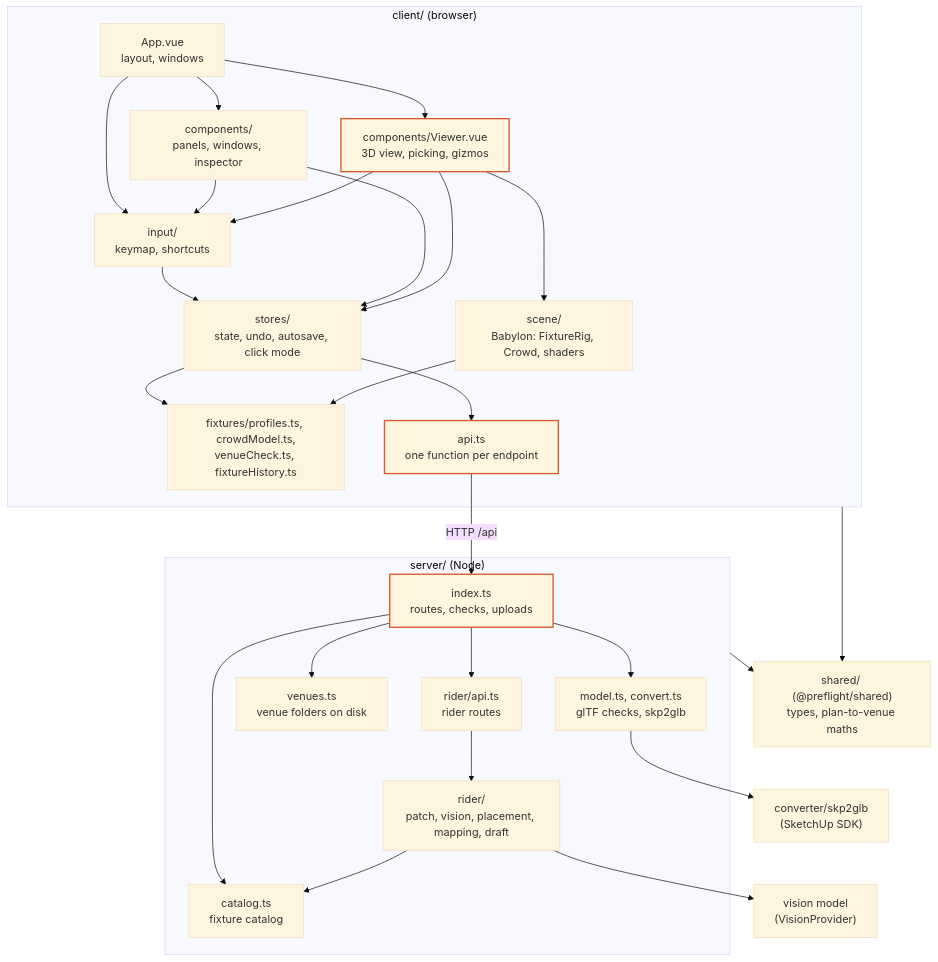
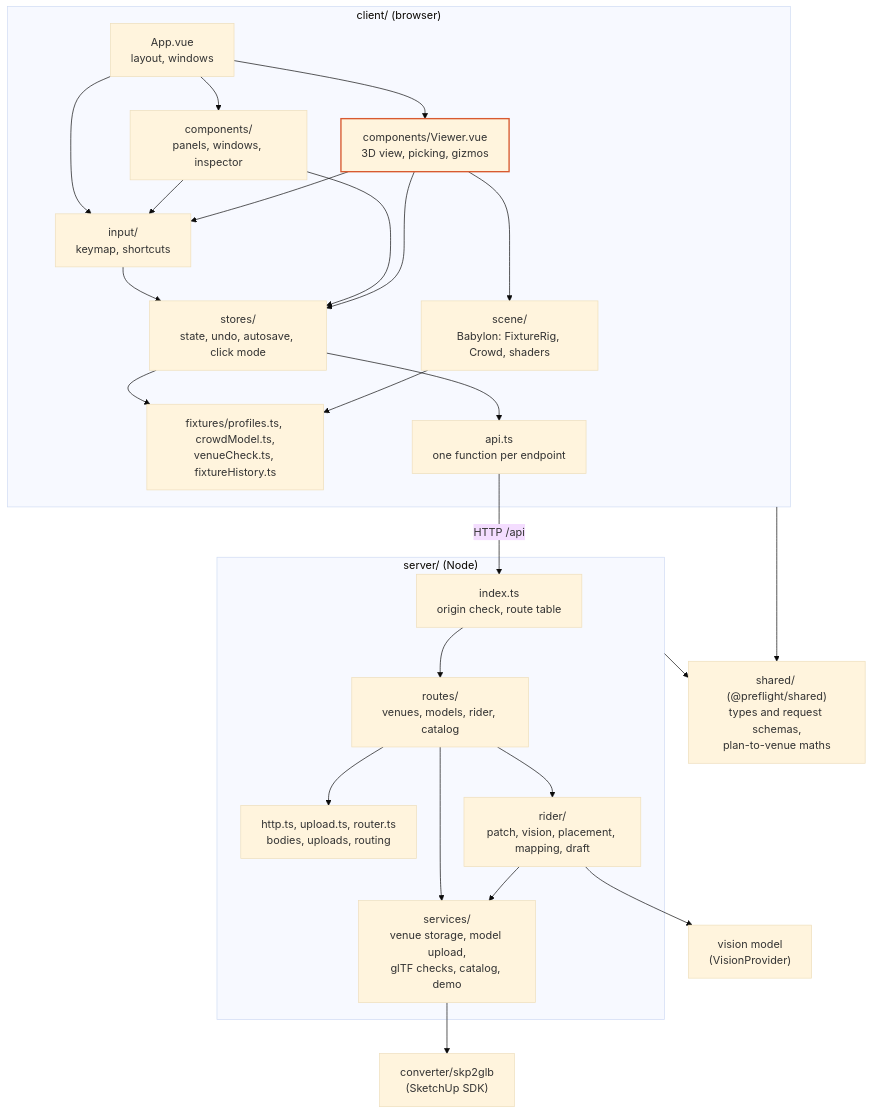
Before and after one commit to Keyes/preflight: the diagram in docs/architecture.md, drawn with Mermaid (base theme). The commit also changed other lines of this file and 2 other files, not shown here.

Commit message:
Describe the server's routes, services and request schemas in the architecture, engineering and hosted-version docs

````diff
--- a/docs/architecture.md
+++ b/docs/architecture.md
@@ -7,39 +7,38 @@
 ```mermaid
 flowchart TB
   subgraph client["client/ (browser)"]
     App["App.vue<br/>layout, windows"]
     UI["components/<br/>panels, windows, inspector"]
     Viewer["components/Viewer.vue<br/>3D view, picking, gizmos"]
     Stores["stores/<br/>state, undo, autosave, click mode"]
     Input["input/<br/>keymap, shortcuts"]
     Scene["scene/<br/>Babylon: FixtureRig, Crowd, shaders"]
     Domain["fixtures/profiles.ts, crowdModel.ts,<br/>venueCheck.ts, fixtureHistory.ts"]
     Api["api.ts<br/>one function per endpoint"]
   end
   subgraph server["server/ (Node)"]
-    Index["index.ts<br/>routes, checks, uploads"]
-    RiderApi["rider/api.ts<br/>rider routes"]
+    Index["index.ts<br/>origin check, route table"]
+    Routes["routes/<br/>venues, models, rider, catalog"]
+    Http["http.ts, upload.ts, router.ts<br/>bodies, uploads, routing"]
+    Services["services/<br/>venue storage, model upload,<br/>glTF checks, catalog, demo"]
     Pipeline["rider/<br/>patch, vision, placement, mapping, draft"]
-    Venues["venues.ts<br/>venue folders on disk"]
-    Model["model.ts, convert.ts<br/>glTF checks, skp2glb"]
-    Catalog["catalog.ts<br/>fixture catalog"]
   end
   App --> UI & Viewer & Input
   UI & Viewer --> Input
   Input --> Stores
   UI --> Stores
   Viewer --> Stores
   Viewer --> Scene
   Stores --> Domain
   Stores --> Api
   Scene --> Domain
   Api -- "HTTP /api" --> Index
-  Index --> RiderApi --> Pipeline
-  Index --> Venues & Model & Catalog
-  Pipeline --> Catalog
+  Index --> Routes
+  Routes --> Http & Services & Pipeline
+  Pipeline --> Services
   Pipeline --> Vision["vision model<br/>(VisionProvider)"]
-  Model --> Converter["converter/skp2glb<br/>(SketchUp SDK)"]
-  client & server --> Shared["shared/ (@preflight/shared)<br/>types, plan-to-venue maths"]
+  Services --> Converter["converter/skp2glb<br/>(SketchUp SDK)"]
+  client & server --> Shared["shared/ (@preflight/shared)<br/>types and request schemas,<br/>plan-to-venue maths"]
   classDef hotspot stroke:#d85a30,stroke-width:2px
-  class Viewer,Api,Index hotspot
+  class Viewer hotspot
 ```
````
